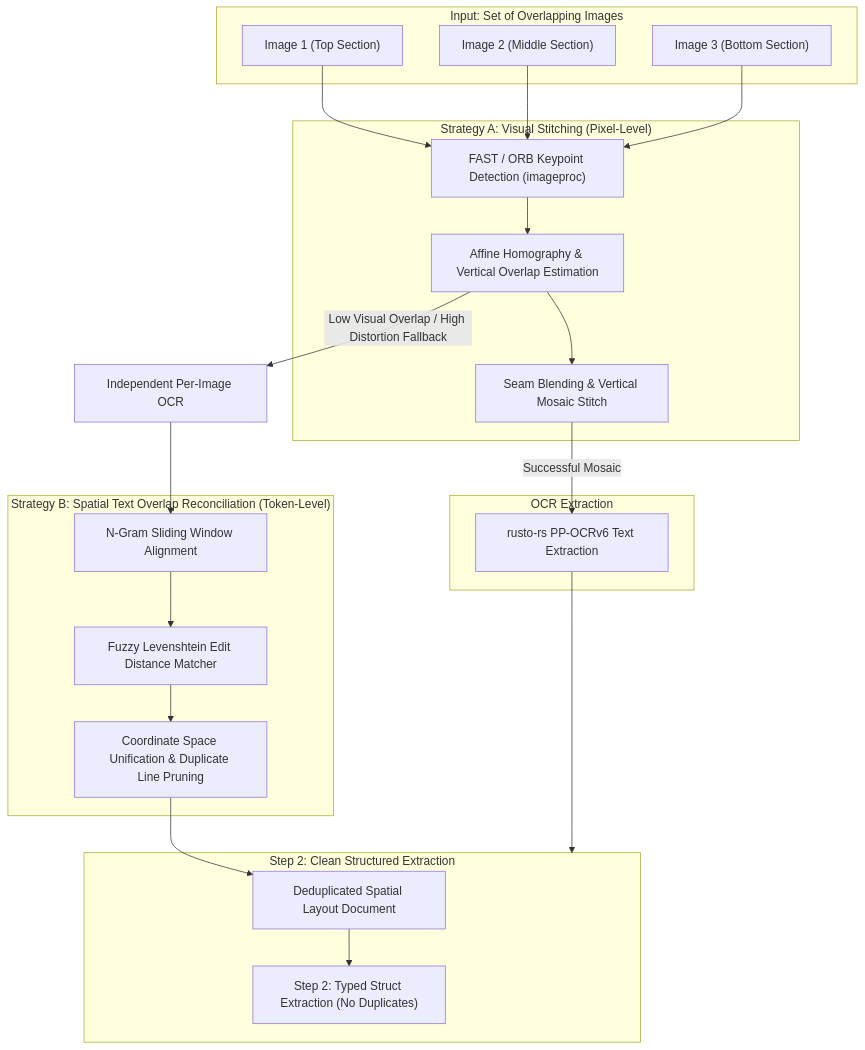
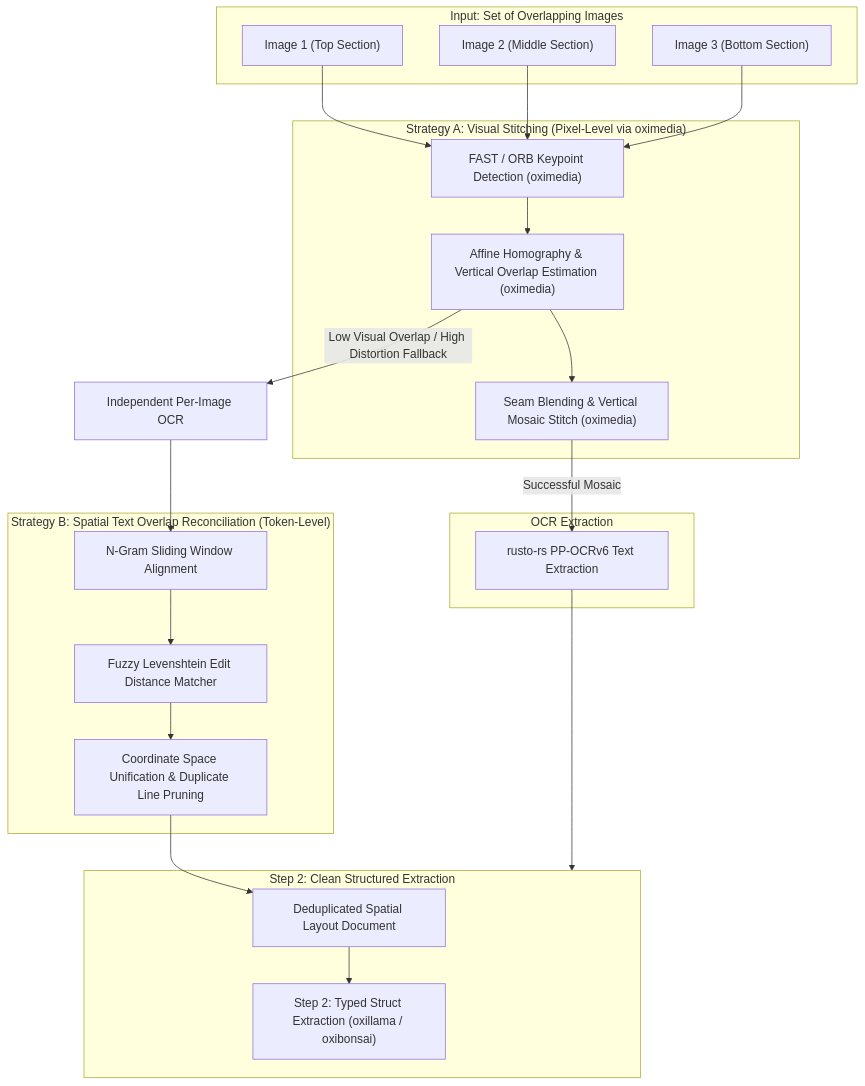
The diagram in docs/10_IMAGE_STITCHING_AND_DEDUPLICATION.md (yasuomaidana/docula), drawn with Mermaid before and after one commit. The commit also changed other lines of this file and 12 other files, not shown here.

````diff
--- a/docs/10_IMAGE_STITCHING_AND_DEDUPLICATION.md
+++ b/docs/10_IMAGE_STITCHING_AND_DEDUPLICATION.md
@@ -15,36 +15,36 @@
 ```mermaid
 flowchart TD
     subgraph MultiInput["Input: Set of Overlapping Images"]
         Img1["Image 1 (Top Section)"]
         Img2["Image 2 (Middle Section)"]
         Img3["Image 3 (Bottom Section)"]
     end
 
-    subgraph StrategyA["Strategy A: Visual Stitching (Pixel-Level)"]
-        FAST["FAST / ORB Keypoint Detection (imageproc)"]
-        RANSAC["Affine Homography & Vertical Overlap Estimation"]
-        SeamBlend["Seam Blending & Vertical Mosaic Stitch"]
+    subgraph StrategyA["Strategy A: Visual Stitching (Pixel-Level via oximedia)"]
+        FAST["FAST / ORB Keypoint Detection (oximedia)"]
+        RANSAC["Affine Homography & Vertical Overlap Estimation (oximedia)"]
+        SeamBlend["Seam Blending & Vertical Mosaic Stitch (oximedia)"]
     end
 
     subgraph OCRStage["OCR Extraction"]
         PPOCR["rusto-rs PP-OCRv6 Text Extraction"]
     end
 
     subgraph StrategyB["Strategy B: Spatial Text Overlap Reconciliation (Token-Level)"]
         NGram["N-Gram Sliding Window Alignment"]
         Levenshtein["Fuzzy Levenshtein Edit Distance Matcher"]
         BoundaryMerge["Coordinate Space Unification & Duplicate Line Pruning"]
     end
 
     subgraph Step2Ready["Step 2: Clean Structured Extraction"]
         DeduplicatedDoc["Deduplicated Spatial Layout Document"]
-        LLMExtract["Step 2: Typed Struct Extraction (No Duplicates)"]
+        LLMExtract["Step 2: Typed Struct Extraction (oxillama / oxibonsai)"]
     end
 
     Img1 & Img2 & Img3 --> FAST
     FAST --> RANSAC --> SeamBlend
     SeamBlend -->|Successful Mosaic| PPOCR --> Step2Ready
     
     RANSAC -->|Low Visual Overlap / High Distortion Fallback| IndepOCR["Independent Per-Image OCR"]
     IndepOCR --> NGram --> Levenshtein --> BoundaryMerge --> DeduplicatedDoc --> LLMExtract
 ```
````
